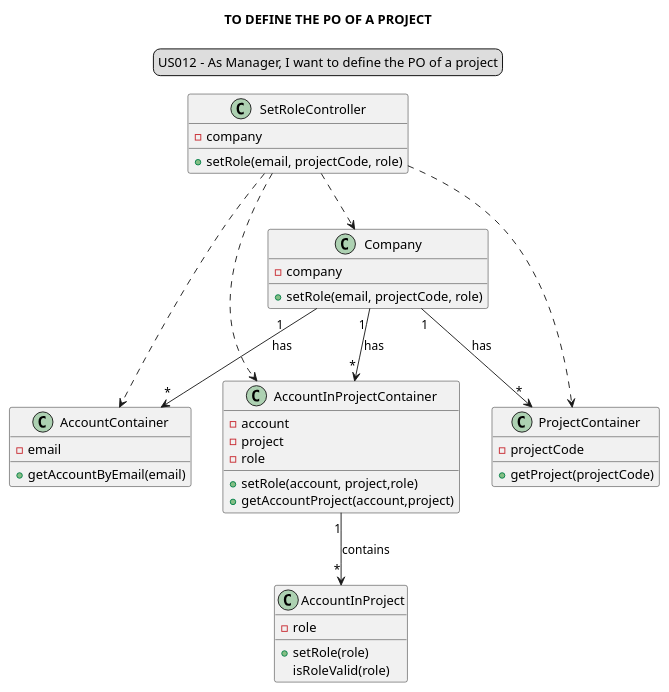
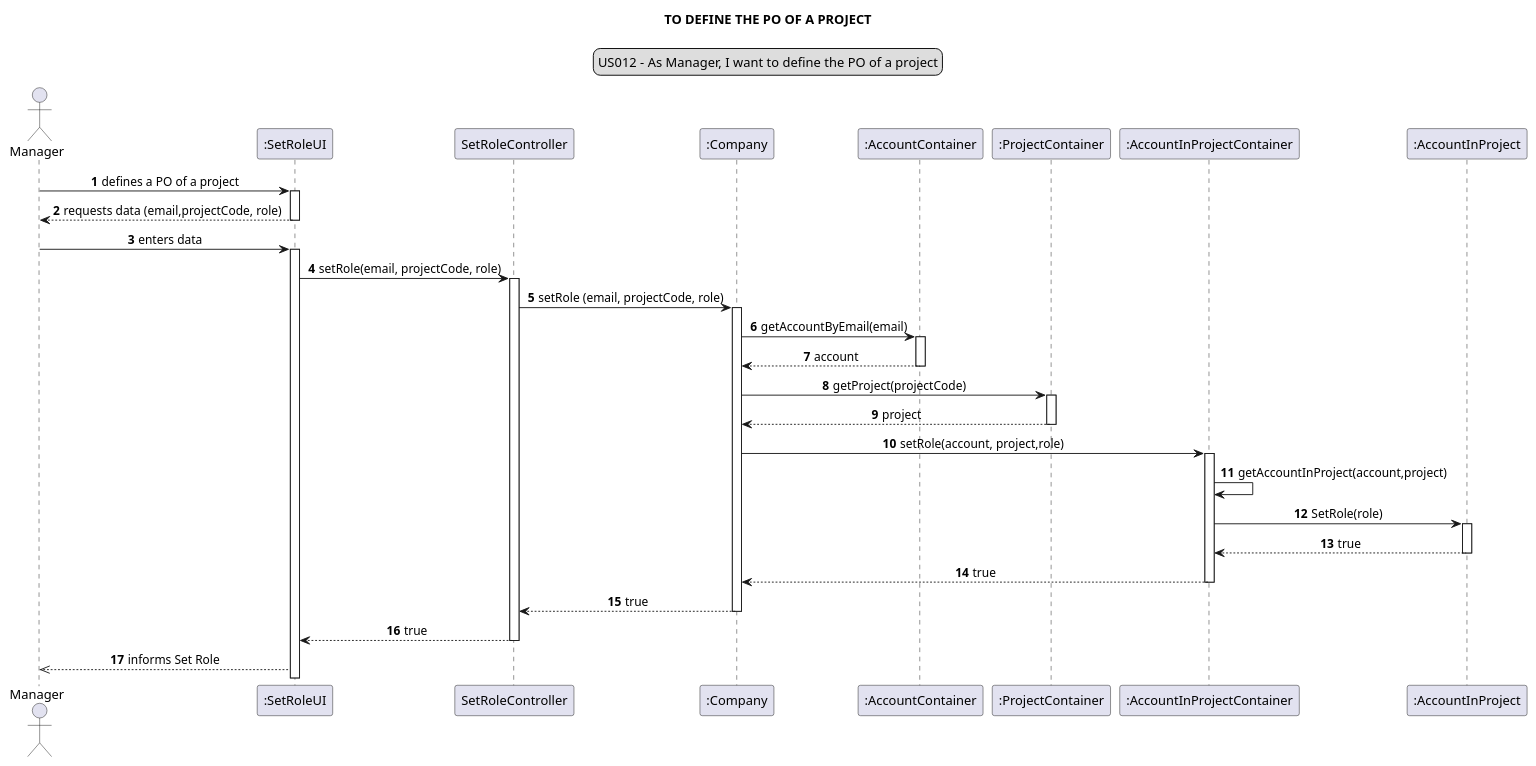
Before and after one commit to Loracline/project_switch_22-23: the diagram in docs/modelling_design/user_stories/US012/US012_sequenceDiagram.puml, drawn with PlantUML. The commit also changed 1 other file, not shown here.

Commit message:
US012:Development: Swap names of Sequence Diagram and Class Diagram

```diff
--- a/docs/modelling_design/user_stories/US012/US012_sequenceDiagram.puml
+++ b/docs/modelling_design/user_stories/US012/US012_sequenceDiagram.puml
@@ -1,56 +1,55 @@
 @startuml
-
+'https://plantuml.com/class-diagram
 skinparam sequenceMessageAlign center
 title TO DEFINE THE PO OF A PROJECT
 legend top
 US012 - As Manager, I want to define the PO of a project
 end legend
+autonumber
 
-class SetRoleController {
--company
-+setRole(email, projectCode, role)
-}
-
-class Company {
--company
-+setRole(email, projectCode, role)
-}
-
-class AccountContainer {
--email
-+getAccountByEmail(email)
-
-}
-
-class ProjectContainer{
--projectCode
-+getProject(projectCode)
-}
-
-class AccountInProjectContainer{
--account
--project
--role
-+setRole(account, project,role)
-+getAccountProject(account,project)
-}
-
-class AccountInProject{
--role
-+setRole(role)
-isRoleValid(role)
-}
+actor Manager
+participant ":SetRoleUI" as ui
+participant "SetRoleController" as controller
+participant ":Company" as company
+participant ":AccountContainer" as acccontainer
+participant ":ProjectContainer" as pcontainer
+participant ":AccountInProjectContainer" as accinprojcont
+participant ":AccountInProject" as accinproj
 
 
-SetRoleController ..> Company
-Company "1       " --> "*"AccountContainer: has
-Company "1"--> "        *"ProjectContainer: has
-Company "1 "-->"*" AccountInProjectContainer: has
-AccountInProjectContainer "    1"--> "   *"AccountInProject: contains
+Manager -> ui:  defines a PO of a project
+activate ui
+Manager <-- ui:  requests data (email,projectCode, role)
+deactivate ui
+Manager -> ui:  enters data
+activate ui
+ui -> controller: setRole(email, projectCode, role)
+activate controller
+controller -> company: setRole (email, projectCode, role)
+activate company
+company -> acccontainer: getAccountByEmail(email)
+activate acccontainer
+company <-- acccontainer: account
+deactivate acccontainer
+company -> pcontainer: getProject(projectCode)
+activate pcontainer
+company <-- pcontainer: project
+deactivate pcontainer
+company -> accinprojcont: setRole(account, project,role)
+activate accinprojcont
+accinprojcont -> accinprojcont : getAccountInProject(account,project)
+accinprojcont -> accinproj: SetRole(role)
+activate accinproj
+accinproj --> accinprojcont: true
 
-SetRoleController ..> AccountContainer
-SetRoleController ..> ProjectContainer
-SetRoleController ..> AccountInProjectContainer
+deactivate accinproj
+accinprojcont --> company: true
+deactivate accinprojcont
+company --> controller : true
+deactivate company
+controller --> ui: true
+deactivate controller
+ui -->> Manager: informs Set Role
 
 
 @enduml
```
